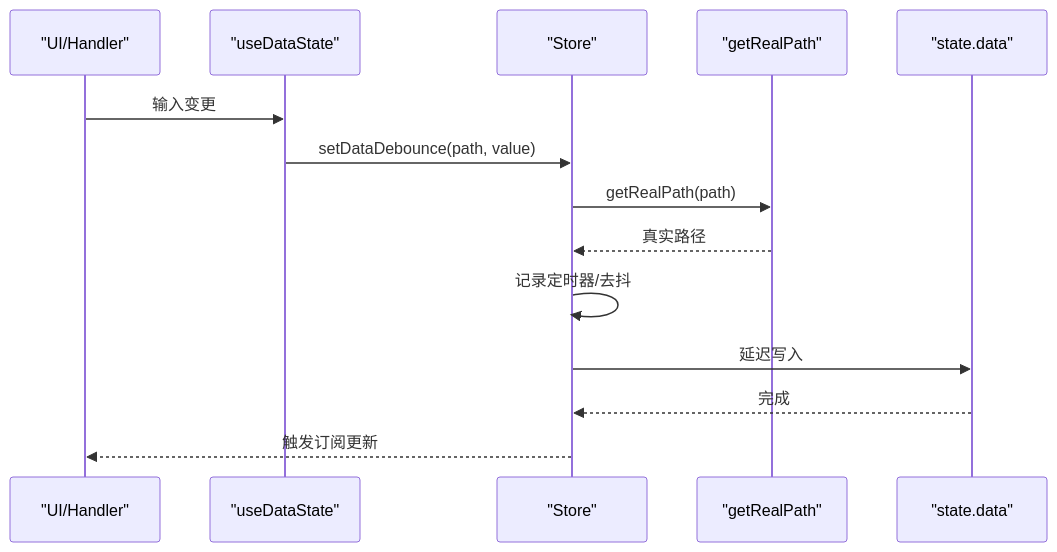
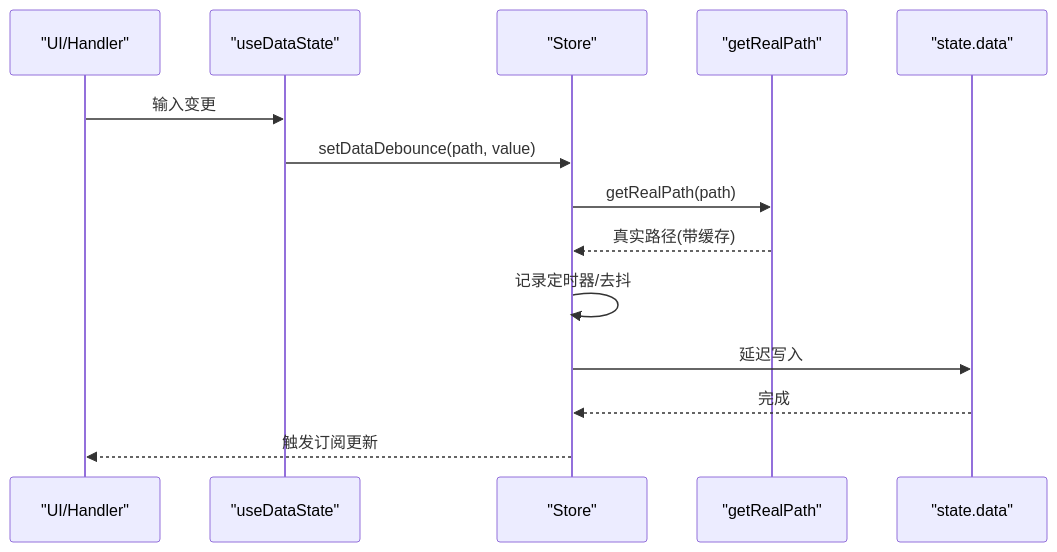
The fourth of 5 diagrams in .qoder/repowiki/zh/content/数据管理/数据绑定.md (liqiongke/FrontArk), drawn with Mermaid before and after one commit. The commit also changed other lines of this file and 17 other files, not shown here.

````diff
--- a/.qoder/repowiki/zh/content/数据管理/数据绑定.md
+++ b/.qoder/repowiki/zh/content/数据管理/数据绑定.md
@@ -191,16 +206,16 @@
 ```mermaid
 sequenceDiagram
 participant UI as "UI/Handler"
 participant Hook as "useDataState"
 participant Store as "Store"
 participant Path as "getRealPath"
 participant Data as "state.data"
 UI->>Hook : 输入变更
 Hook->>Store : setDataDebounce(path, value)
 Store->>Path : getRealPath(path)
-Path-->>Store : 真实路径
+Path-->>Store : 真实路径(带缓存)
 Store->>Store : 记录定时器/去抖
 Store->>Data : 延迟写入
 Data-->>Store : 完成
 Store-->>UI : 触发订阅更新
 ```
````
